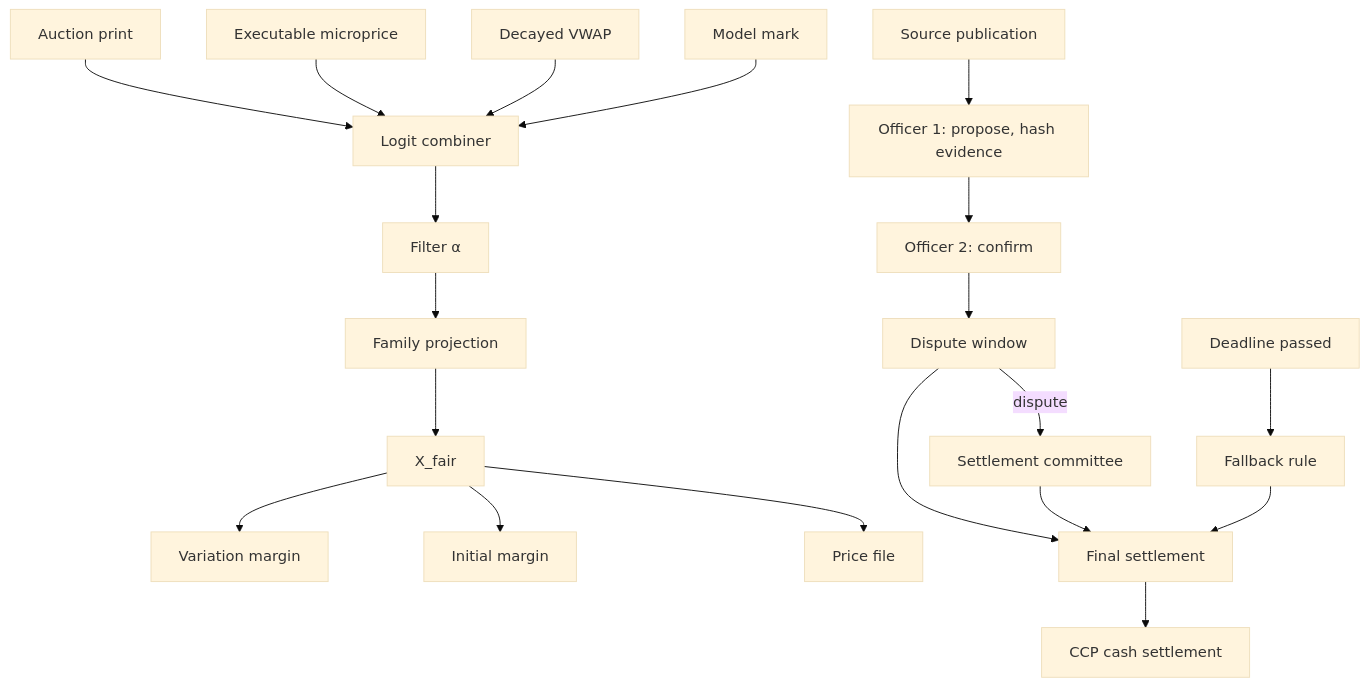
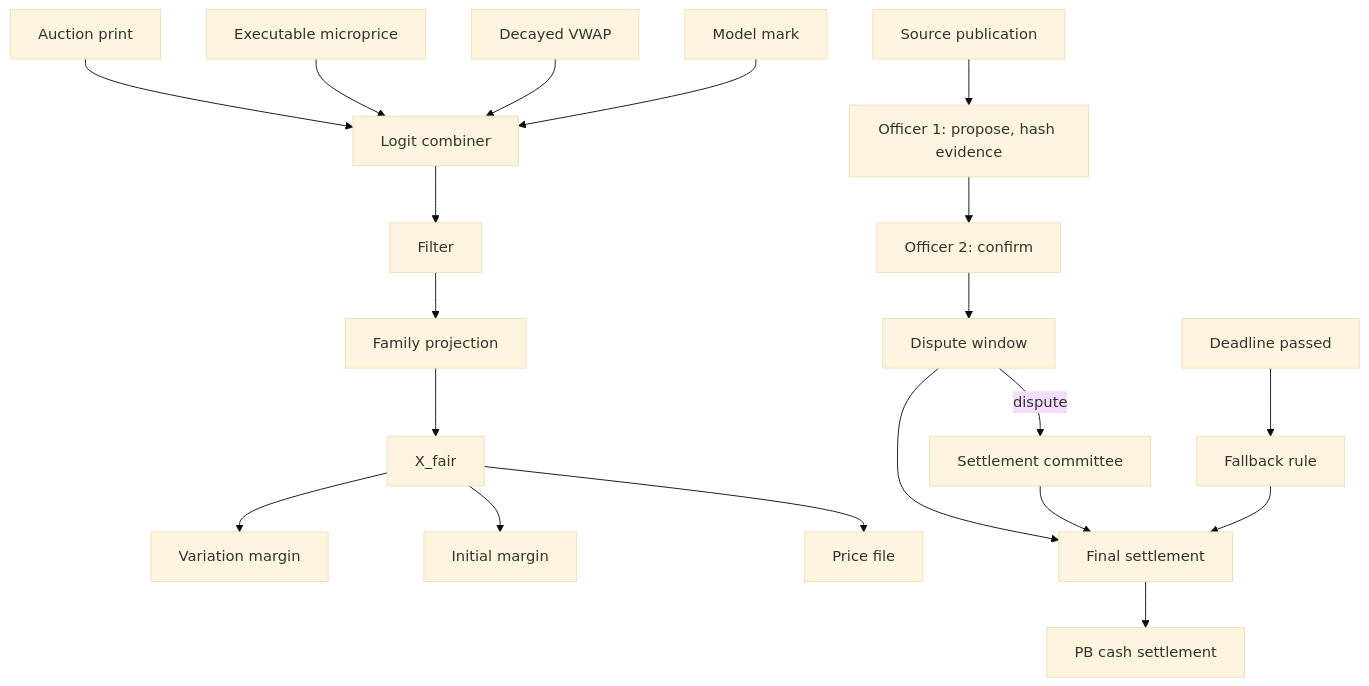
The fifth of 7 diagrams in docs/diagrams.md (LevonDerma1221/swans-docs), drawn with Mermaid (base theme) before and after one commit. The commit also changed other lines of this file and 34 other files, not shown here.

````diff
--- a/docs/diagrams.md
+++ b/docs/diagrams.md
@@ -123,14 +109,14 @@
 ```mermaid
 flowchart TB
   A[Auction print] --> L[Logit combiner]
   B[Executable microprice] --> L
   T[Decayed VWAP] --> L
   M[Model mark] --> L
-  L --> FLT[Filter α] --> PRJ[Family projection] --> XF[X_fair]
+  L --> FLT[Filter] --> PRJ[Family projection] --> XF[X_fair]
   XF --> VM[Variation margin]
   XF --> IM[Initial margin]
   XF --> PF[Price file]
-  SRC[Source publication] --> P1[Officer 1: propose, hash evidence] --> P2[Officer 2: confirm] --> DW[Dispute window] --> FIN[Final settlement] --> CCP[CCP cash settlement]
+  SRC[Source publication] --> P1[Officer 1: propose, hash evidence] --> P2[Officer 2: confirm] --> DW[Dispute window] --> FIN[Final settlement] --> PB[PB cash settlement]
   DW -->|dispute| CMT[Settlement committee] --> FIN
   DL[Deadline passed] --> FB[Fallback rule] --> FIN
 ```
````
